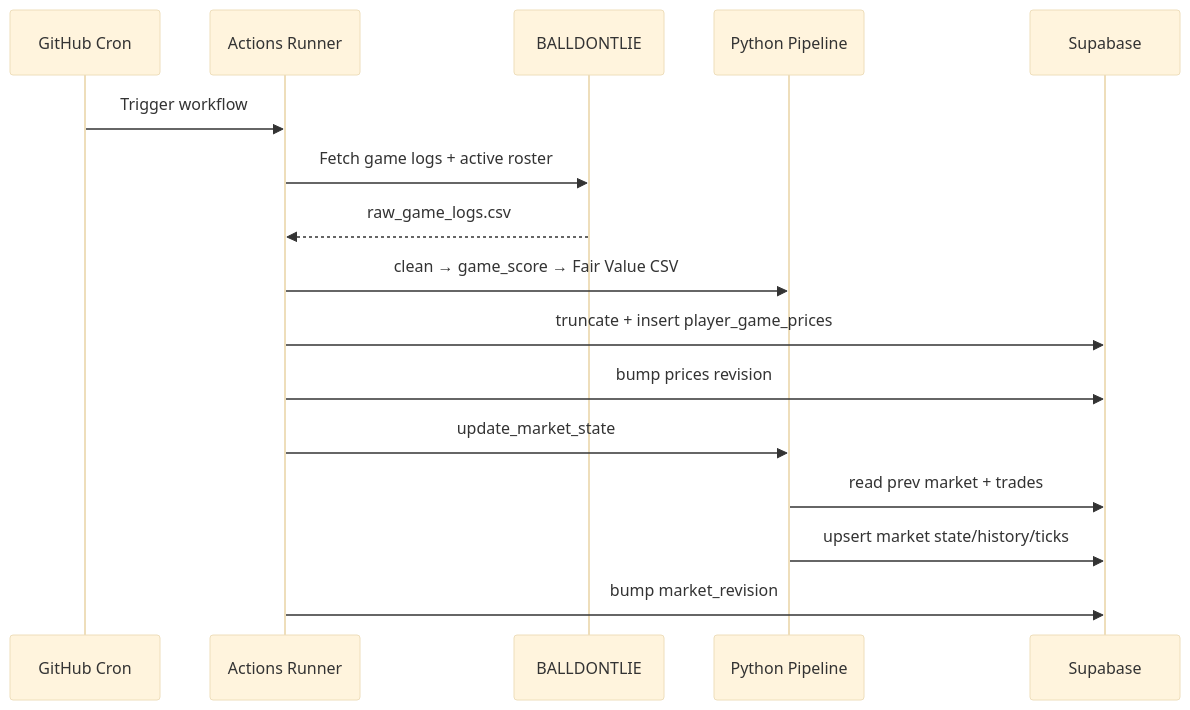
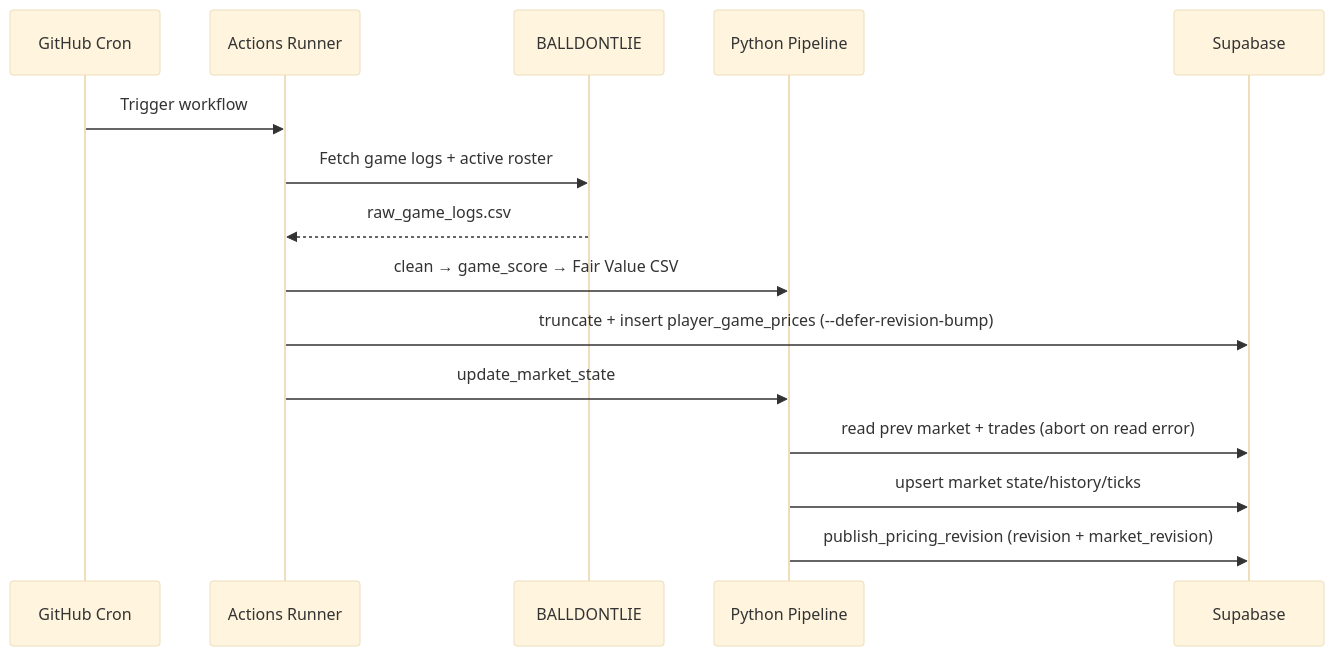
One commit to Arya85693/NBA-superstar-prediction changed the second of 3 diagrams in docs/DEPLOYMENT_ARCHITECTURE.md. Above: the diagram before and after it, drawn with Mermaid (base theme). The commit also changed other lines of this file and 35 other files, not shown here.

````diff
--- a/docs/DEPLOYMENT_ARCHITECTURE.md
+++ b/docs/DEPLOYMENT_ARCHITECTURE.md
@@ -119,19 +119,18 @@
 ```mermaid
 sequenceDiagram
   participant Cron as GitHub Cron
   participant GHA as Actions Runner
   participant BDL as BALLDONTLIE
   participant Py as Python Pipeline
   participant SB as Supabase
 
   Cron->>GHA: Trigger workflow
   GHA->>BDL: Fetch game logs + active roster
   BDL-->>GHA: raw_game_logs.csv
   GHA->>Py: clean → game_score → Fair Value CSV
-  GHA->>SB: truncate + insert player_game_prices
-  GHA->>SB: bump prices revision
+  GHA->>SB: truncate + insert player_game_prices (--defer-revision-bump)
   GHA->>Py: update_market_state
-  Py->>SB: read prev market + trades
+  Py->>SB: read prev market + trades (abort on read error)
   Py->>SB: upsert market state/history/ticks
-  GHA->>SB: bump market_revision
+  Py->>SB: publish_pricing_revision (revision + market_revision)
 ```
````
